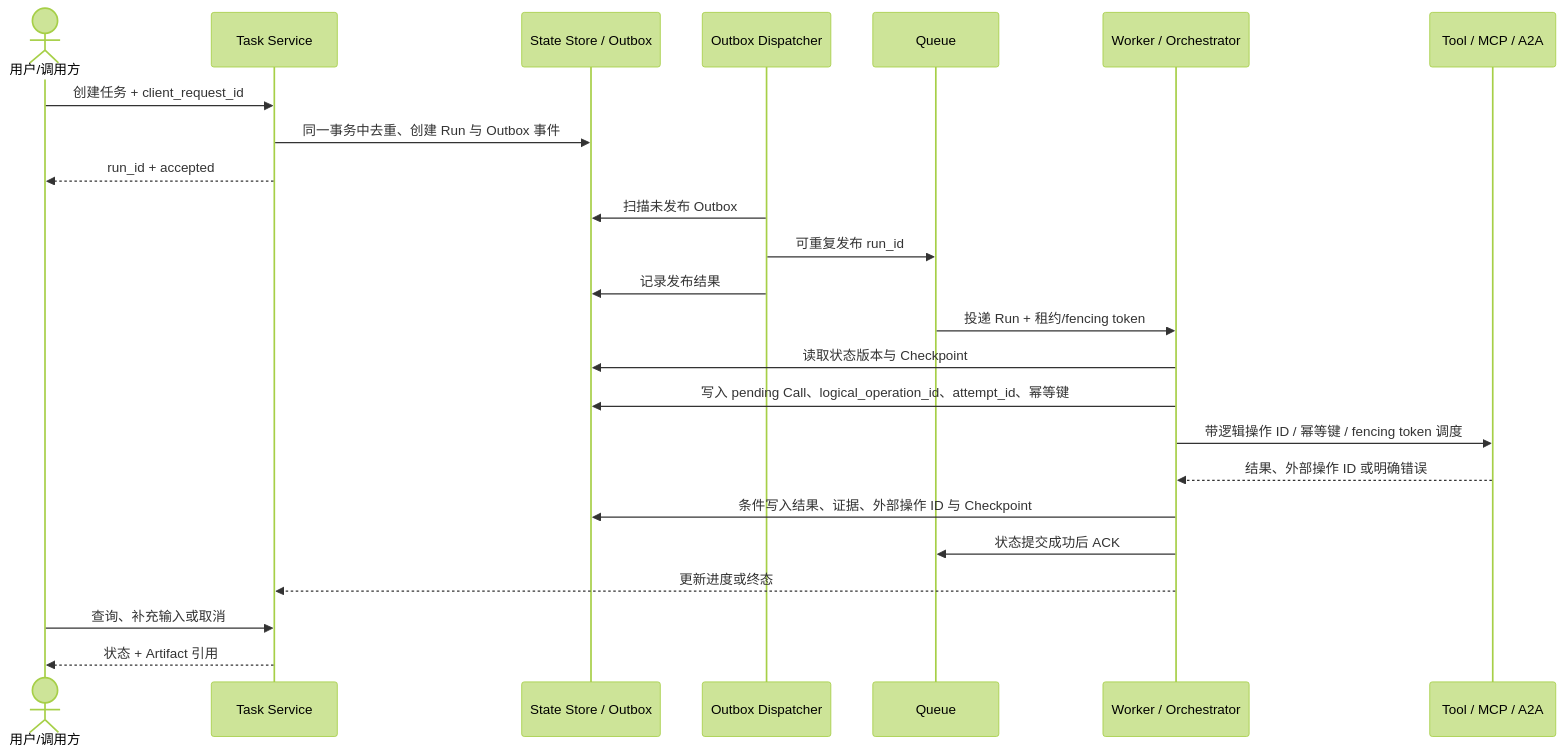
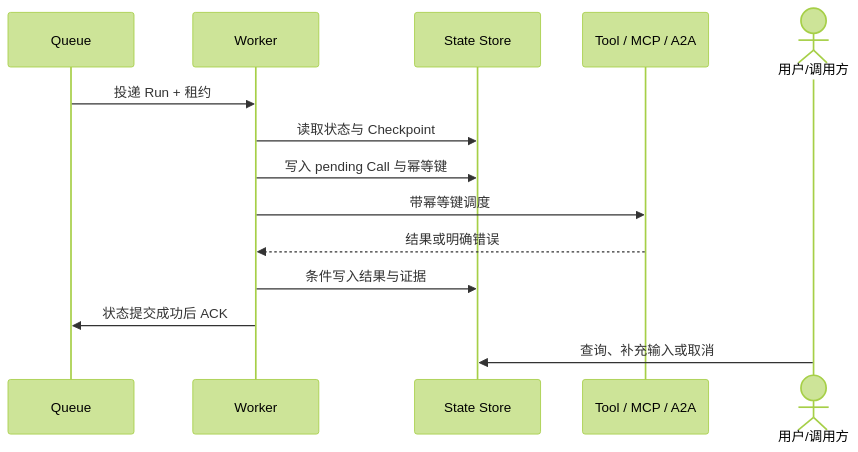
One commit to FoLaJJ/agent-systems-notes changed the sixth of 7 diagrams in docs/15-production-agent-runtime.md. Above: the diagram before and after it, drawn with Mermaid (forest theme). The commit also changed other lines of this file and 11 other files, not shown here.

Commit message:
Improve Mermaid diagram readability

````diff
--- a/docs/15-production-agent-runtime.md
+++ b/docs/15-production-agent-runtime.md
@@ -127,26 +148,16 @@
 ```mermaid
 sequenceDiagram
+    participant Q as Queue
+    participant W as Worker
+    participant S as State Store
+    participant E as Tool / MCP / A2A
     actor U as 用户/调用方
-    participant T as Task Service
-    participant S as State Store / Outbox
-    participant D as Outbox Dispatcher
-    participant Q as Queue
-    participant W as Worker / Orchestrator
-    participant E as Tool / MCP / A2A
-    U->>T: 创建任务 + client_request_id
-    T->>S: 同一事务中去重、创建 Run 与 Outbox 事件
-    T-->>U: run_id + accepted
-    D->>S: 扫描未发布 Outbox
-    D->>Q: 可重复发布 run_id
-    D->>S: 记录发布结果
-    Q->>W: 投递 Run + 租约/fencing token
-    W->>S: 读取状态版本与 Checkpoint
-    W->>S: 写入 pending Call、logical_operation_id、attempt_id、幂等键
-    W->>E: 带逻辑操作 ID / 幂等键 / fencing token 调度
-    E-->>W: 结果、外部操作 ID 或明确错误
-    W->>S: 条件写入结果、证据、外部操作 ID 与 Checkpoint
+    Q->>W: 投递 Run + 租约
+    W->>S: 读取状态与 Checkpoint
+    W->>S: 写入 pending Call 与幂等键
+    W->>E: 带幂等键调度
+    E-->>W: 结果或明确错误
+    W->>S: 条件写入结果与证据
     W->>Q: 状态提交成功后 ACK
-    W-->>T: 更新进度或终态
-    U->>T: 查询、补充输入或取消
-    T-->>U: 状态 + Artifact 引用
+    U->>S: 查询、补充输入或取消
 ```
````
